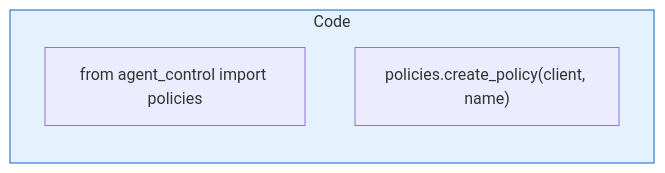
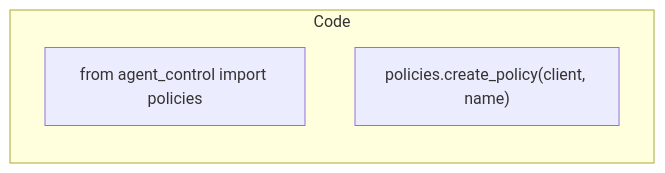
Before and after one commit to agentcontrol/agent-control: the sixth of 10 diagrams in diagrams/10-sdk-architecture.md, drawn with Mermaid. The commit also changed other lines of this file and 9 other files, not shown here.

````diff
--- a/diagrams/10-sdk-architecture.md
+++ b/diagrams/10-sdk-architecture.md
@@ -157,9 +146,7 @@
 ```mermaid
 flowchart LR
     subgraph code["Code"]
         import["from agent_control import policies"]
         use["policies.create_policy(client, name)"]
     end
-
-    style code fill:#e3f2fd,stroke:#1565c0
 ```
````
